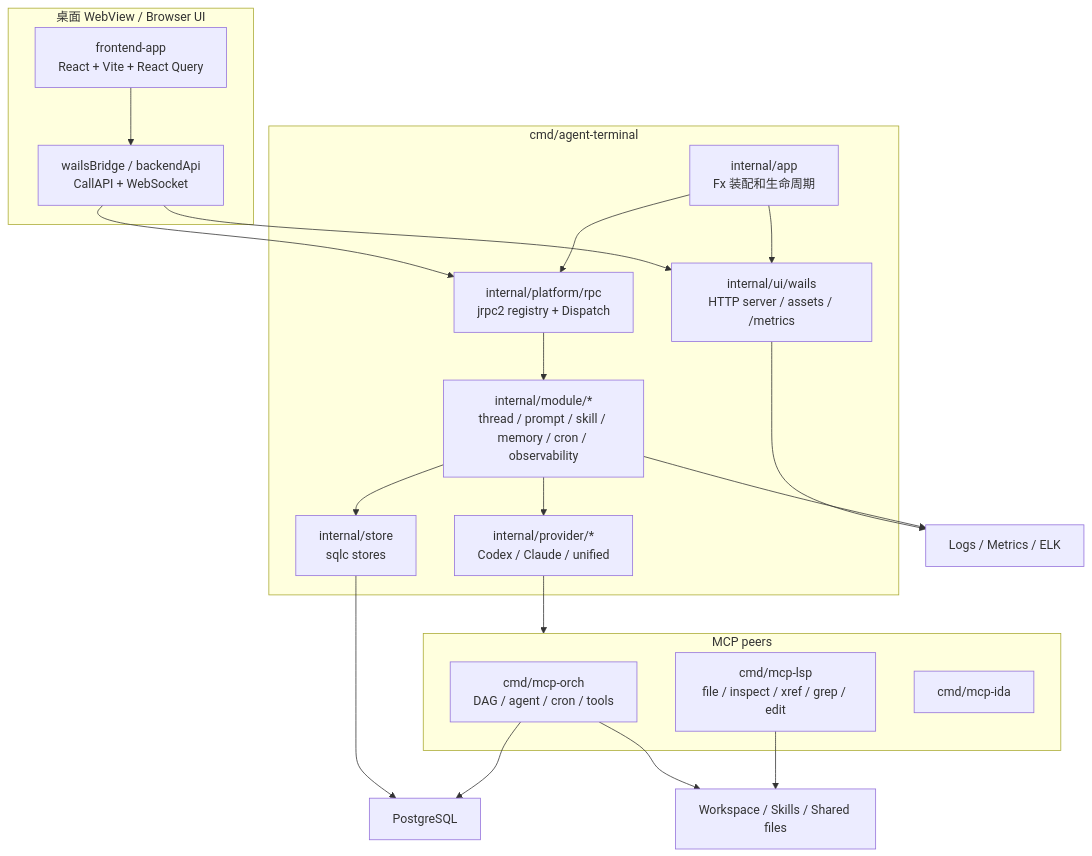
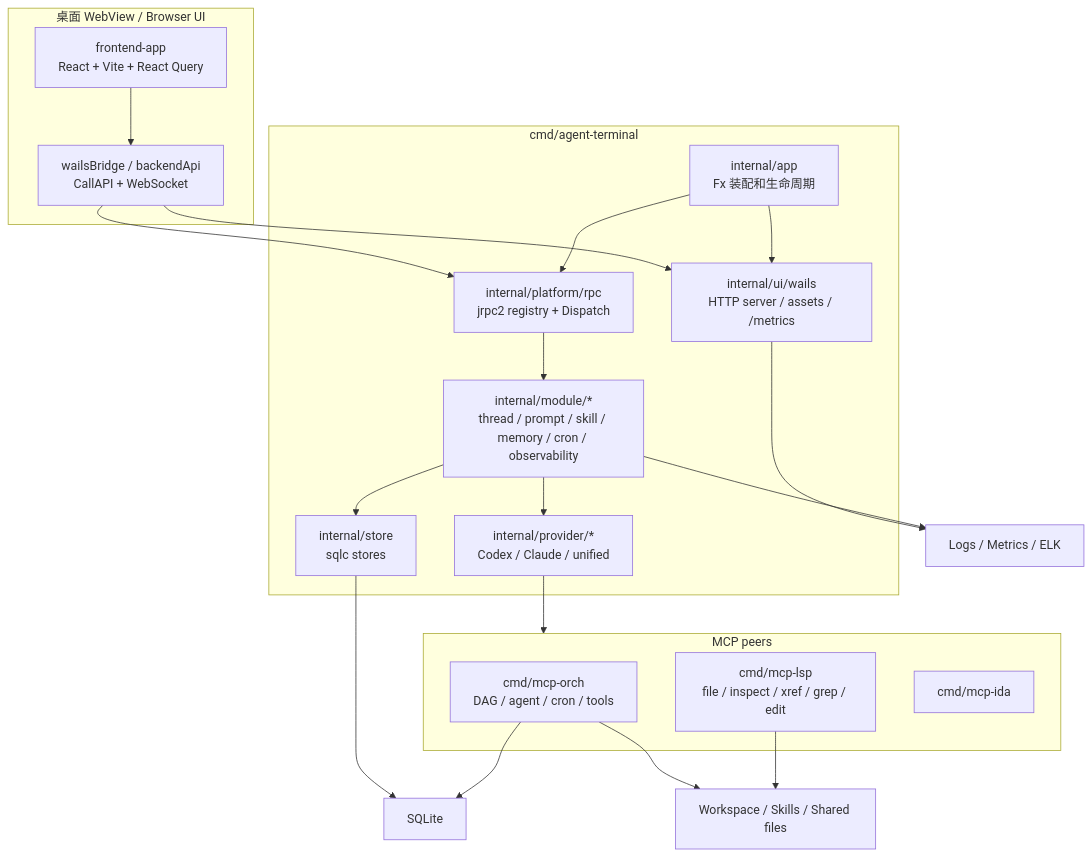
One commit to lihah111222333-cloud/Super-Dolphin-Agent-Cockpit changed the second of 6 diagrams in docs/ai01-docs/project-sop/03-architecture-diagrams.md. Above: the diagram before and after it, drawn with Mermaid. The commit also changed other lines of this file and 319 other files, not shown here.

First line of the commit message:
修复 SQLite 存储语义并删除 PostgreSQL 遗留

````diff
--- a/docs/ai01-docs/project-sop/03-architecture-diagrams.md
+++ b/docs/ai01-docs/project-sop/03-architecture-diagrams.md
@@ -48,42 +48,42 @@
 ```mermaid
 flowchart TB
   subgraph Browser["桌面 WebView / Browser UI"]
     React["frontend-app\nReact + Vite + React Query"]
     Bridge["wailsBridge / backendApi\nCallAPI + WebSocket"]
   end
 
   subgraph Host["cmd/agent-terminal"]
     App["internal/app\nFx 装配和生命周期"]
     HTTP["internal/ui/wails\nHTTP server / assets / /metrics"]
     RPC["internal/platform/rpc\njrpc2 registry + Dispatch"]
     Modules["internal/module/*\nthread / prompt / skill / memory / cron / observability"]
     Provider["internal/provider/*\nCodex / Claude / unified"]
     Store["internal/store\nsqlc stores"]
   end
 
   subgraph Peers["MCP peers"]
     MCPOrch["cmd/mcp-orch\nDAG / agent / cron / tools"]
     MCPLSP["cmd/mcp-lsp\nfile / inspect / xref / grep / edit"]
     MCPIDA["cmd/mcp-ida"]
   end
 
-  PG["PostgreSQL"]
+  DB["SQLite"]
   LocalFS["Workspace / Skills / Shared files"]
   Logs["Logs / Metrics / ELK"]
 
   React --> Bridge
   Bridge --> HTTP
   Bridge --> RPC
   App --> HTTP
   App --> RPC
   RPC --> Modules
   Modules --> Store
-  Store --> PG
+  Store --> DB
   Modules --> Provider
   Provider --> Peers
-  MCPOrch --> PG
+  MCPOrch --> DB
   MCPOrch --> LocalFS
   MCPLSP --> LocalFS
   HTTP --> Logs
   Modules --> Logs
 ```
````
